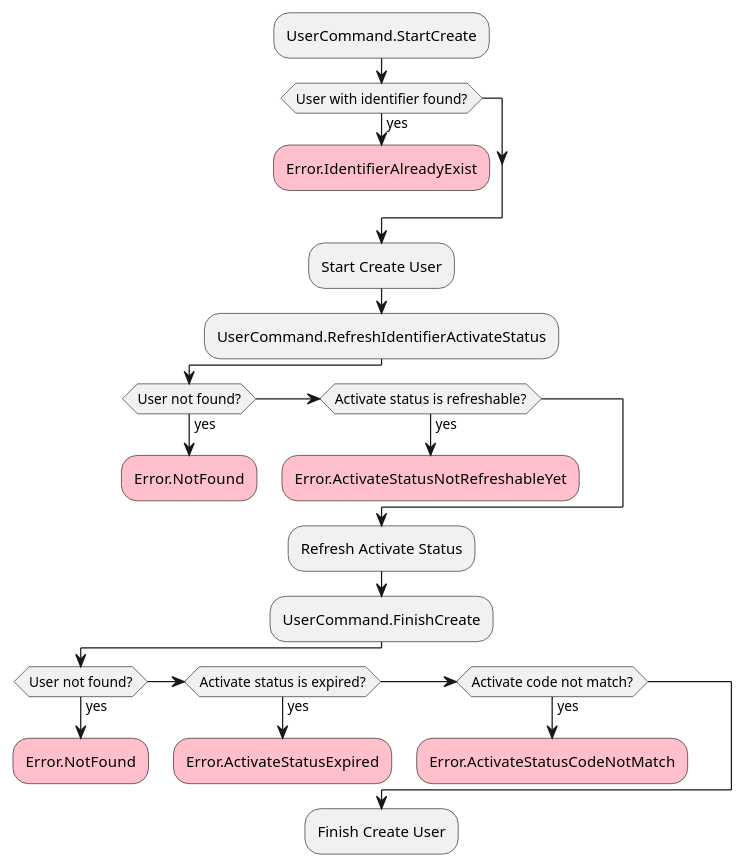
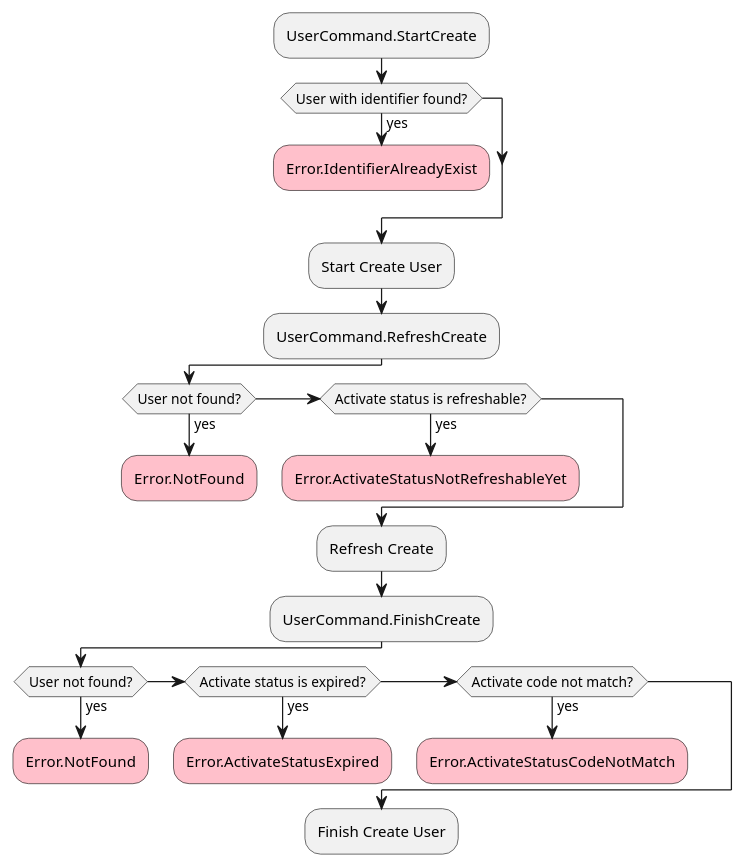
The seventh of 18 diagrams in docs/docs/features.md (alices-wonderland/doorknob), drawn with PlantUML before and after one commit. The commit also changed other lines of this file and 14 other files, not shown here.

````diff
--- a/docs/docs/features.md
+++ b/docs/docs/features.md
@@ -192,31 +192,31 @@
 ```plantuml
 @startuml
 :UserCommand.StartCreate;
 if (User with identifier found?) then (yes)
   #pink:Error.IdentifierAlreadyExist;
   kill
 endif
 :Start Create User;
-:UserCommand.RefreshIdentifierActivateStatus;
+:UserCommand.RefreshCreate;
 if (User not found?) then (yes)
   #pink:Error.NotFound;
   kill
 elseif (Activate status is refreshable?) then (yes)
   #pink:Error.ActivateStatusNotRefreshableYet;
   kill
 endif
-:Refresh Activate Status;
+:Refresh Create;
 :UserCommand.FinishCreate;
 if (User not found?) then (yes)
   #pink:Error.NotFound;
   kill
 elseif (Activate status is expired?) then (yes)
   #pink:Error.ActivateStatusExpired;
   kill
 elseif (Activate code not match?) then (yes)
   #pink:Error.ActivateStatusCodeNotMatch;
   kill
 endif
 :Finish Create User;
 @enduml
 ```
````
